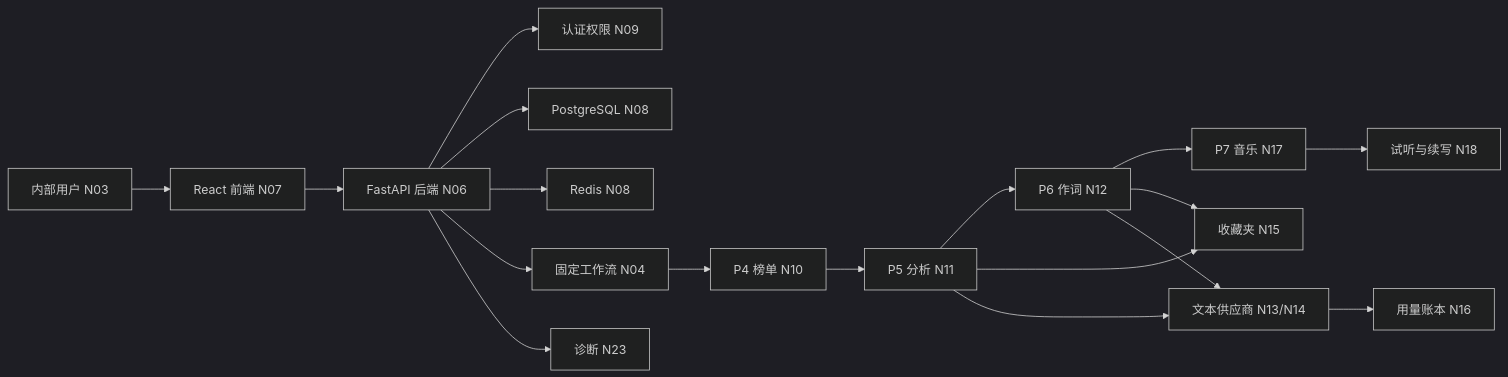
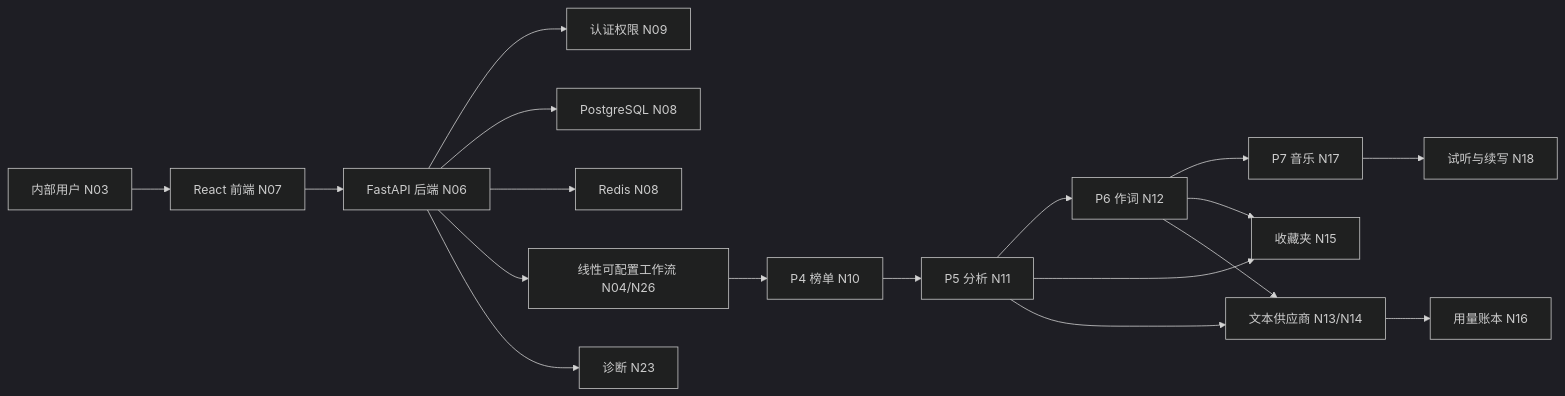
Before and after one commit to sunjiaxing520/SunJX: the diagram in docs/notes/蓝乐_当前上下文速记.md, drawn with Mermaid (dark theme). The commit also changed other lines of this file and 30 other files, not shown here.

````diff
--- a/docs/notes/蓝乐_当前上下文速记.md
+++ b/docs/notes/蓝乐_当前上下文速记.md
@@ -62,20 +63,20 @@
 ```mermaid
 flowchart LR
     User["内部用户 N03"] --> UI["React 前端 N07"]
     UI --> API["FastAPI 后端 N06"]
     API --> Auth["认证权限 N09"]
     API --> DB["PostgreSQL N08"]
     API --> Redis["Redis N08"]
-    API --> Flow["固定工作流 N04"]
+    API --> Flow["线性可配置工作流 N04/N26"]
     Flow --> Rank["P4 榜单 N10"]
     Rank --> Analysis["P5 分析 N11"]
     Analysis --> Lyrics["P6 作词 N12"]
     Lyrics --> Music["P7 音乐 N17"]
     Music --> Audition["试听与续写 N18"]
     Analysis --> Favorite["收藏夹 N15"]
     Lyrics --> Favorite
     Analysis --> Provider["文本供应商 N13/N14"]
     Lyrics --> Provider
     Provider --> Usage["用量账本 N16"]
     API --> Diagnostics["诊断 N23"]
 ```
````
